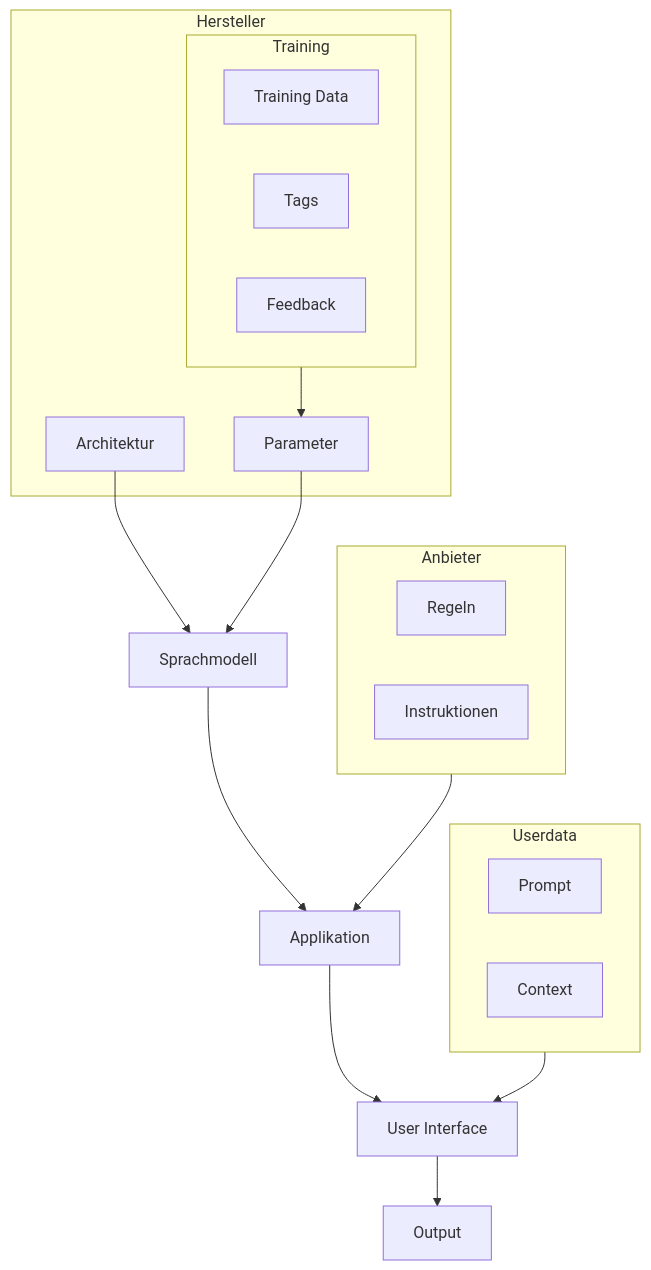
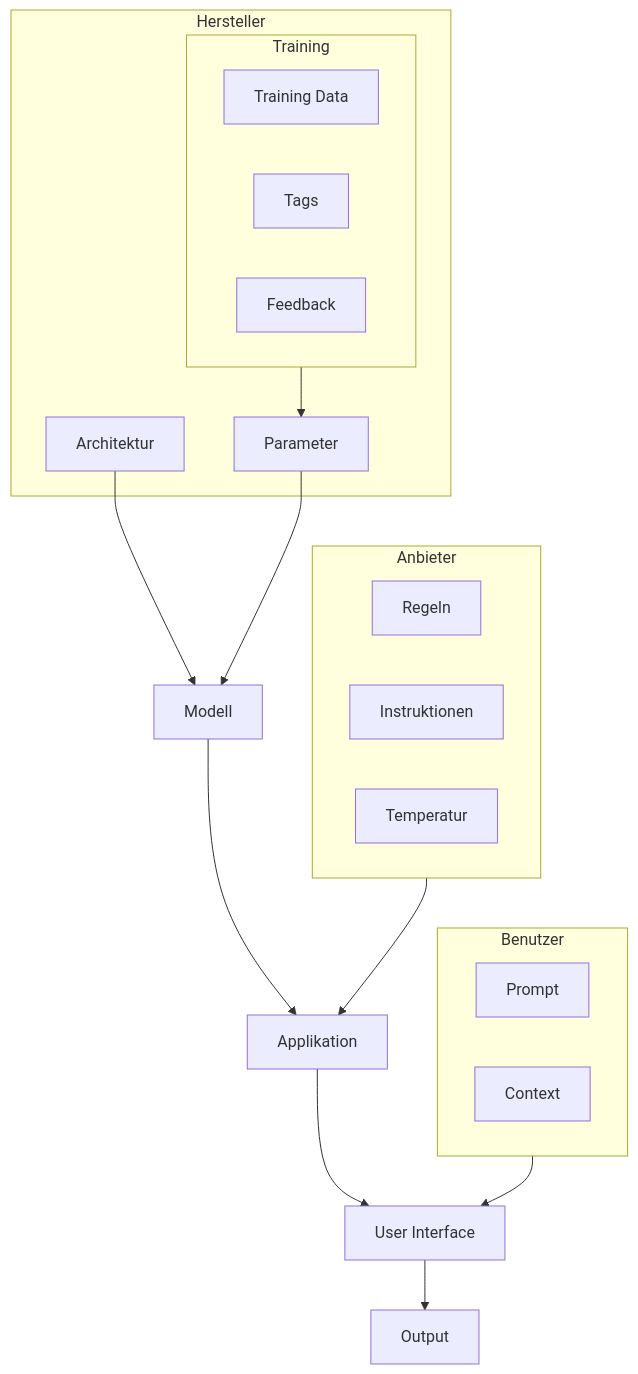
Before and after one commit to PHBern-RConrardy/lerngelegenheiten: the diagram in tagungsunterlagen/2024_05_02_KI_Mathematikunterricht.qmd, drawn with Mermaid. The commit also changed other lines of this file and 81 other files, not shown here.

````diff
--- a/tagungsunterlagen/2024_05_02_KI_Mathematikunterricht.qmd
+++ b/tagungsunterlagen/2024_05_02_KI_Mathematikunterricht.qmd
@@ -64,48 +36,50 @@
 ```{mermaid}
 %%| mermaid-format: svg
 flowchart TD
   A[Architektur];
   TD[Training Data];
   T[Tags];
   F[Feedback];
   App[Applikation];
   P[Prompt]
   K[Context]
   O[Output]
   Pa[Parameter]
   R[Regeln]
   I[Instruktionen]
-  SM[Sprachmodell]
+  SM[Modell]
   UI[User Interface]
+  Temp[Temperatur]
     
     
     Training-->Pa;
     A-->SM;
     Pa-->SM;
     SM-->App;
     Anbieter-->App;
-    Userdata-->UI;
+    Benutzer-->UI;
     App-->UI;
     UI-->O;
     
   subgraph Anbieter
     R;
     I;
+    Temp;
   end
   subgraph Hersteller
     A;
     TD;
     T;
     F;
     Pa;
     subgraph Training
     TD;
     T;
     F;
     end
   end
-  subgraph Userdata
+  subgraph Benutzer
     P;
     K;
   end
 ```
````
